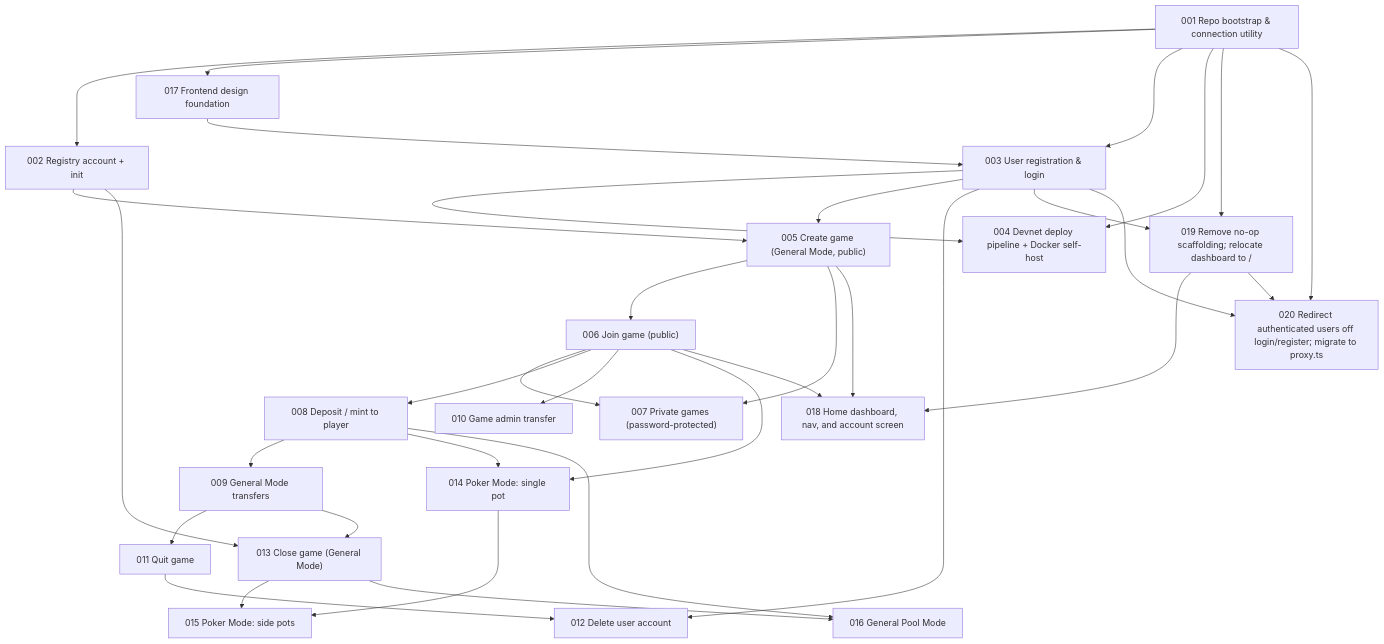
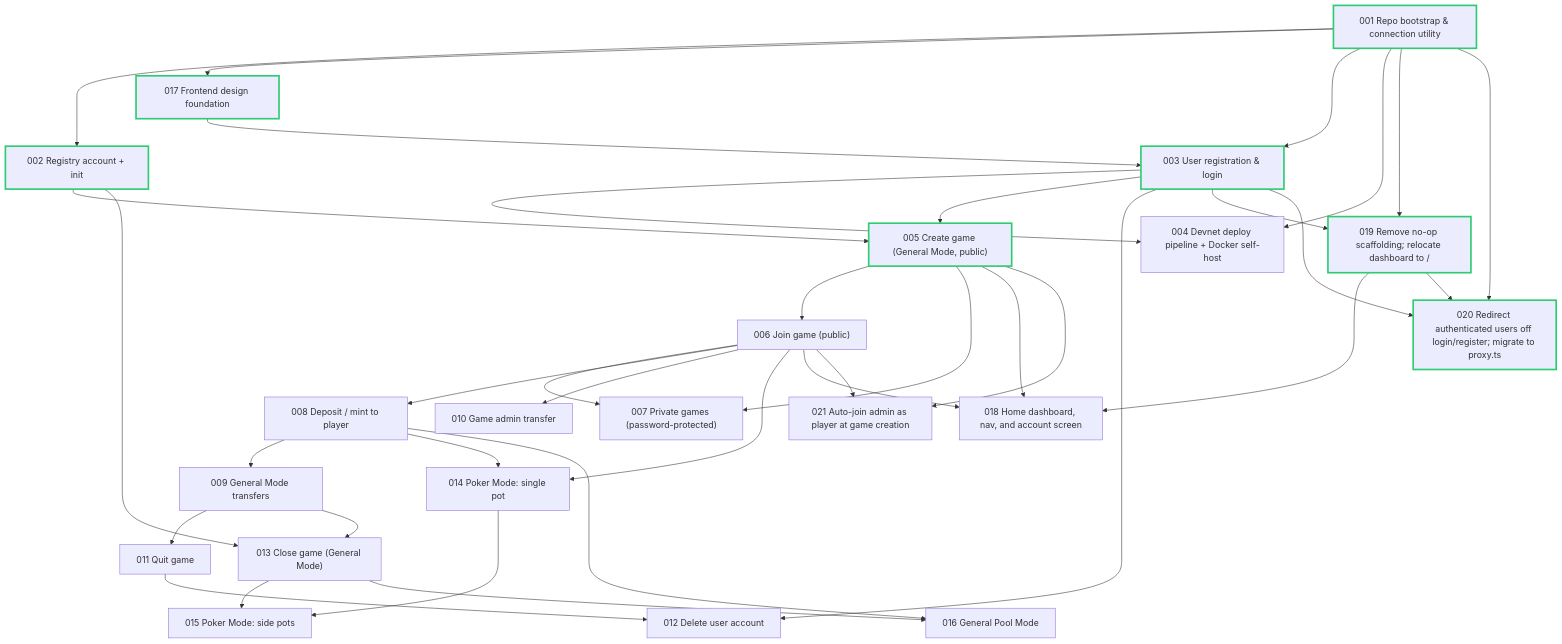
The diagram in docs/tickets/000-index.md (jianhong1998/game-token-wallet-v2), drawn with Mermaid before and after one commit. The commit also changed other lines of this file and 21 other files, not shown here.

````diff
--- a/docs/tickets/000-index.md
+++ b/docs/tickets/000-index.md
@@ -39,57 +40,65 @@
 ```mermaid
 graph TD
     001["001 Repo bootstrap & connection utility"]
     002["002 Registry account + init"]
     017["017 Frontend design foundation"]
     003["003 User registration & login"]
     004["004 Devnet deploy pipeline + Docker self-host"]
     005["005 Create game (General Mode, public)"]
     006["006 Join game (public)"]
     007["007 Private games (password-protected)"]
     008["008 Deposit / mint to player"]
     009["009 General Mode transfers"]
     010["010 Game admin transfer"]
     011["011 Quit game"]
     012["012 Delete user account"]
     013["013 Close game (General Mode)"]
     014["014 Poker Mode: single pot"]
     015["015 Poker Mode: side pots"]
     016["016 General Pool Mode"]
     018["018 Home dashboard, nav, and account screen"]
     019["019 Remove no-op scaffolding; relocate dashboard to /"]
     020["020 Redirect authenticated users off login/register; migrate to proxy.ts"]
+    021["021 Auto-join admin as player at game creation"]
 
     001 --> 002
     001 --> 017
     017 --> 003
     001 --> 003
     001 --> 004
     003 --> 004
     002 --> 005
     003 --> 005
     005 --> 006
     005 --> 007
     006 --> 007
     006 --> 008
     008 --> 009
     006 --> 010
     009 --> 011
     003 --> 012
     011 --> 012
     002 --> 013
     009 --> 013
     006 --> 014
     008 --> 014
     014 --> 015
     013 --> 015
     008 --> 016
     013 --> 016
     005 --> 018
     006 --> 018
     001 --> 019
     003 --> 019
     019 --> 018
     001 --> 020
     003 --> 020
     019 --> 020
+    005 --> 021
+    006 --> 021
+
+    classDef done stroke:#2ecc71,stroke-width:3px;
+    classDef inProgress stroke:#f1c40f,stroke-width:3px;
+
+    class 001,002,003,005,017,019,020 done;
 ```
````
